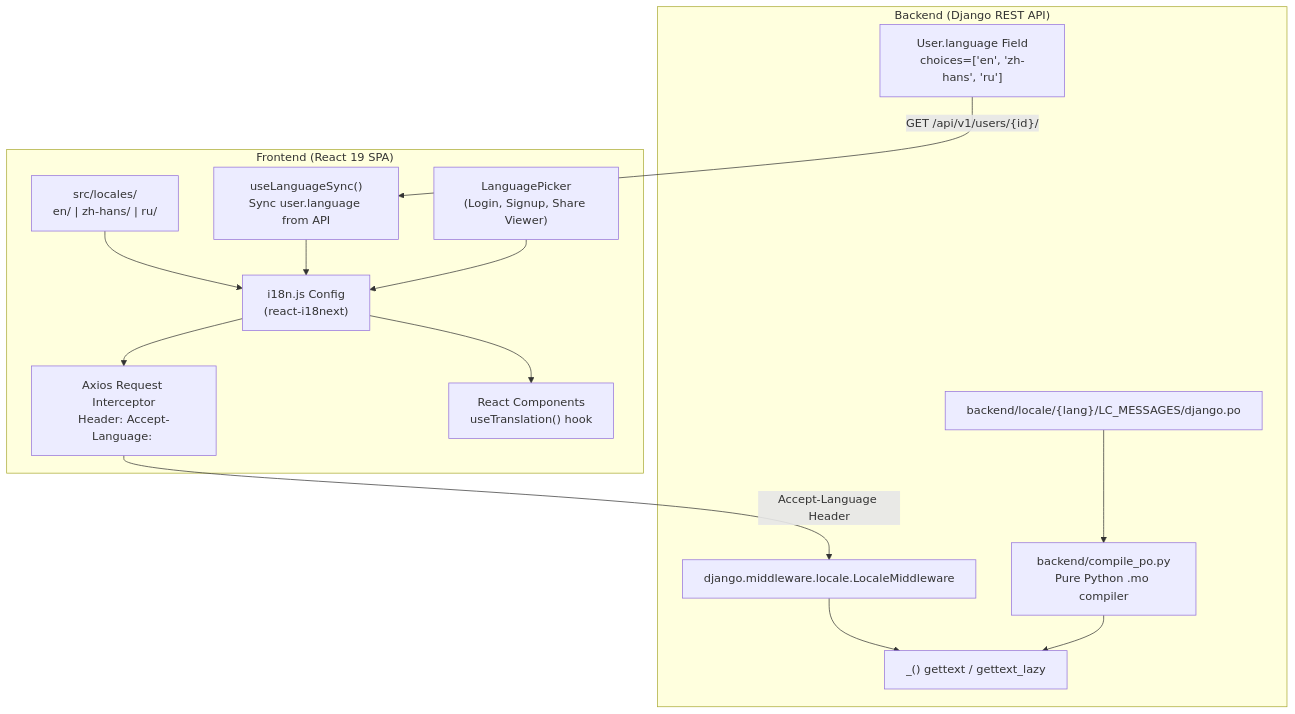
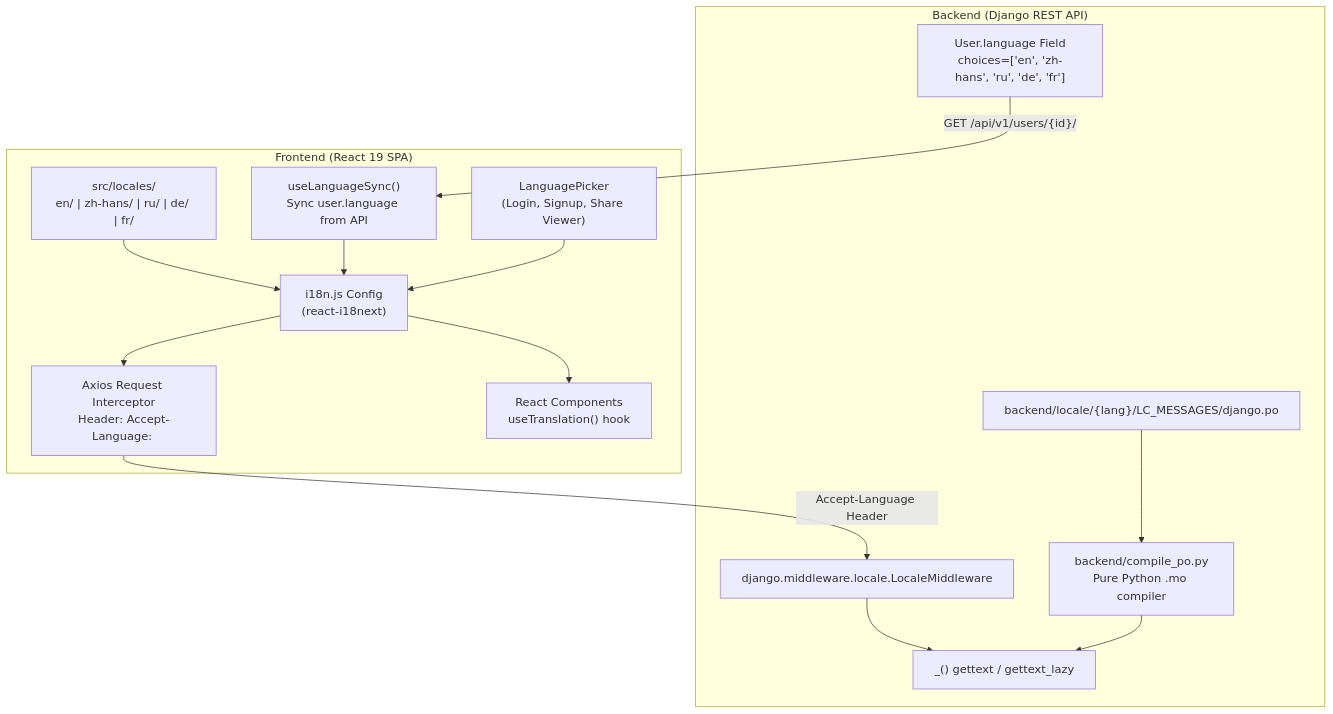
One commit to coneshare/coneshare changed the diagram in docs/strategy/i18n-strategy-and-architecture.md. Above: the diagram before and after it, drawn with Mermaid. The commit also changed other lines of this file and 18 other files, not shown here.

````diff
--- a/docs/strategy/i18n-strategy-and-architecture.md
+++ b/docs/strategy/i18n-strategy-and-architecture.md
@@ -25,31 +25,31 @@
 ```mermaid
 flowchart TB
     subgraph Frontend["Frontend (React 19 SPA)"]
         i18nConfig["i18n.js Config\n(react-i18next)"]
-        LocaleBundles["src/locales/\nen/ | zh-hans/ | ru/"]
+        LocaleBundles["src/locales/\nen/ | zh-hans/ | ru/ | de/ | fr/"]
         AxiosInterceptor["Axios Request Interceptor\nHeader: Accept-Language: <lang>"]
         LangSyncHook["useLanguageSync()\nSync user.language from API"]
         Components["React Components\nuseTranslation() hook"]
         PublicPicker["LanguagePicker\n(Login, Signup, Share Viewer)"]
 
         LocaleBundles --> i18nConfig
         i18nConfig --> Components
         LangSyncHook --> i18nConfig
         PublicPicker --> i18nConfig
         i18nConfig --> AxiosInterceptor
     end
 
     subgraph Backend["Backend (Django REST API)"]
         LocaleMiddleware["django.middleware.locale.LocaleMiddleware"]
-        UserModel["User.language Field\nchoices=['en', 'zh-hans', 'ru']"]
+        UserModel["User.language Field\nchoices=['en', 'zh-hans', 'ru', 'de', 'fr']"]
         GetText["_() gettext / gettext_lazy"]
         POCatalogs["backend/locale/{lang}/LC_MESSAGES/django.po"]
         PyCompiler["backend/compile_po.py\nPure Python .mo compiler"]
 
         AxiosInterceptor -->|"Accept-Language Header"| LocaleMiddleware
         LocaleMiddleware --> GetText
         POCatalogs --> PyCompiler
         PyCompiler --> GetText
         UserModel -->|"GET /api/v1/users/{id}/"| LangSyncHook
     end
 ```
````
